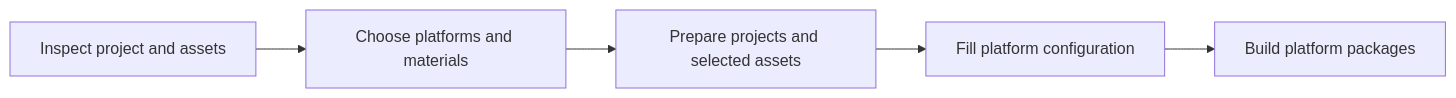
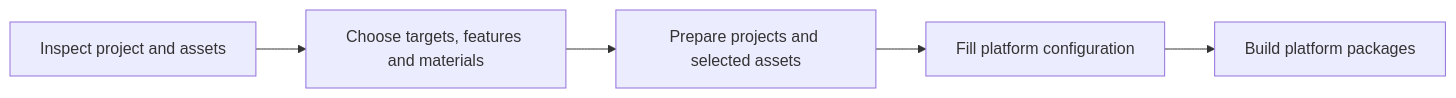
The diagram in README.md (xxxzzzfff2020/h5-channel-adapter), drawn with Mermaid before and after one commit. The commit also changed other lines of this file and 34 other files, not shown here.

````diff
--- a/README.md
+++ b/README.md
@@ -92,7 +101,7 @@
 ```mermaid
 flowchart LR
-    A[Inspect project and assets] --> B[Choose platforms and materials]
+    A[Inspect project and assets] --> B[Choose targets, features and materials]
     B --> C[Prepare projects and selected assets]
     C --> D[Fill platform configuration]
     D --> E[Build platform packages]
 ```
````
